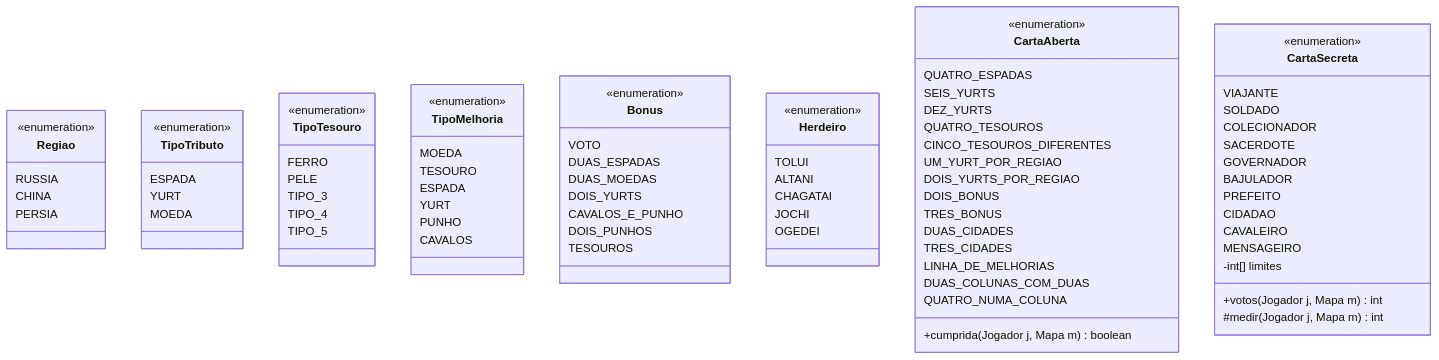
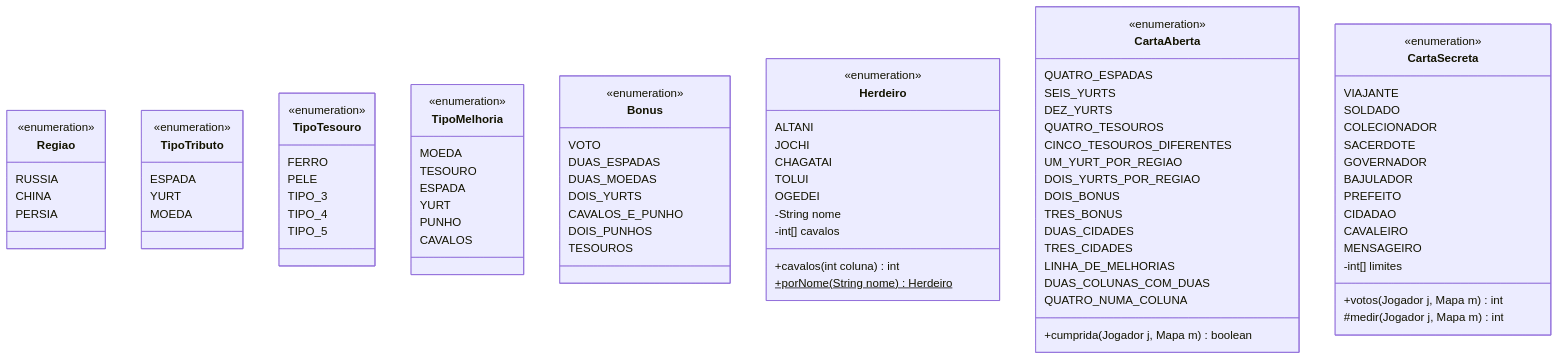
One commit to LucasSouzaMM/Herdeiros_do_khan_POO changed the second of 2 diagrams in docs/diagrama.md. Above: the diagram before and after it, drawn with Mermaid. The commit also changed other lines of this file and 37 other files, not shown here.

```diff
--- a/docs/diagrama.md
+++ b/docs/diagrama.md
@@ -235,11 +261,15 @@
     }
     class Herdeiro {
         <<enumeration>>
+        ALTANI
+        JOCHI
+        CHAGATAI
         TOLUI
-        ALTANI
-        CHAGATAI
-        JOCHI
         OGEDEI
+        -String nome
+        -int[] cavalos
+        +cavalos(int coluna) int
+        +porNome(String nome)$ Herdeiro
     }
     class CartaAberta {
         <<enumeration>>
```
